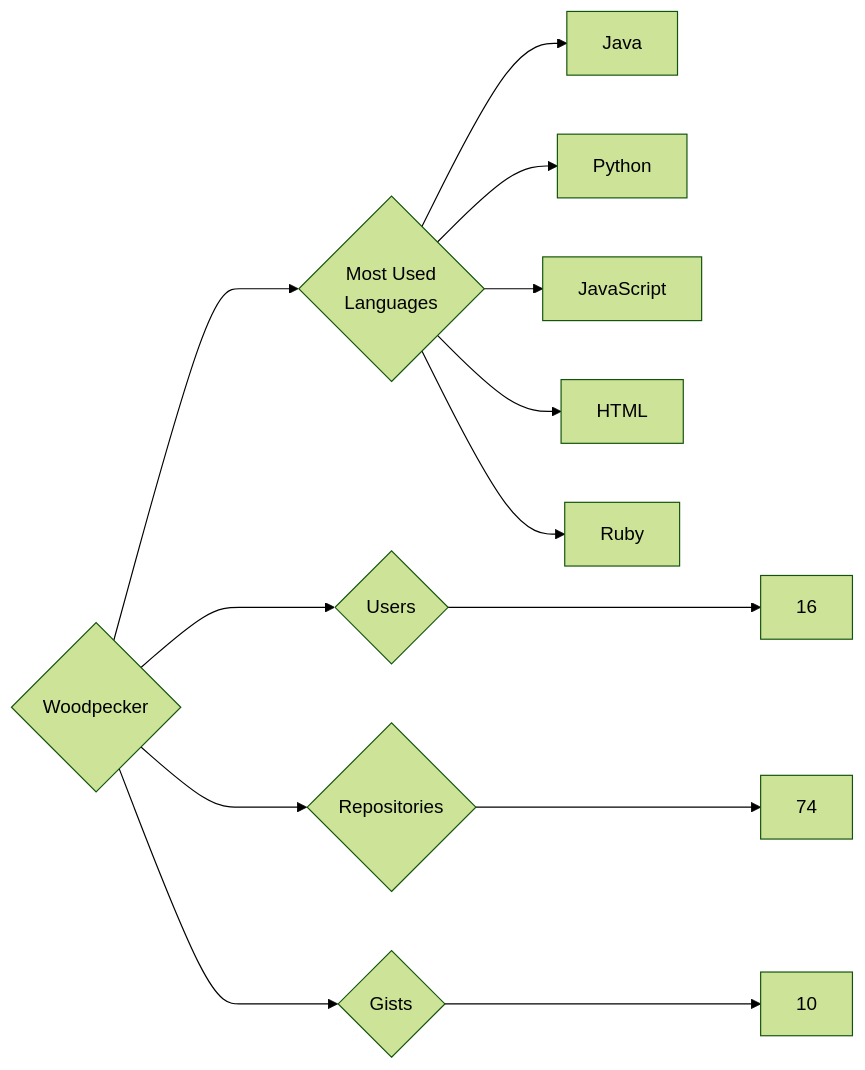
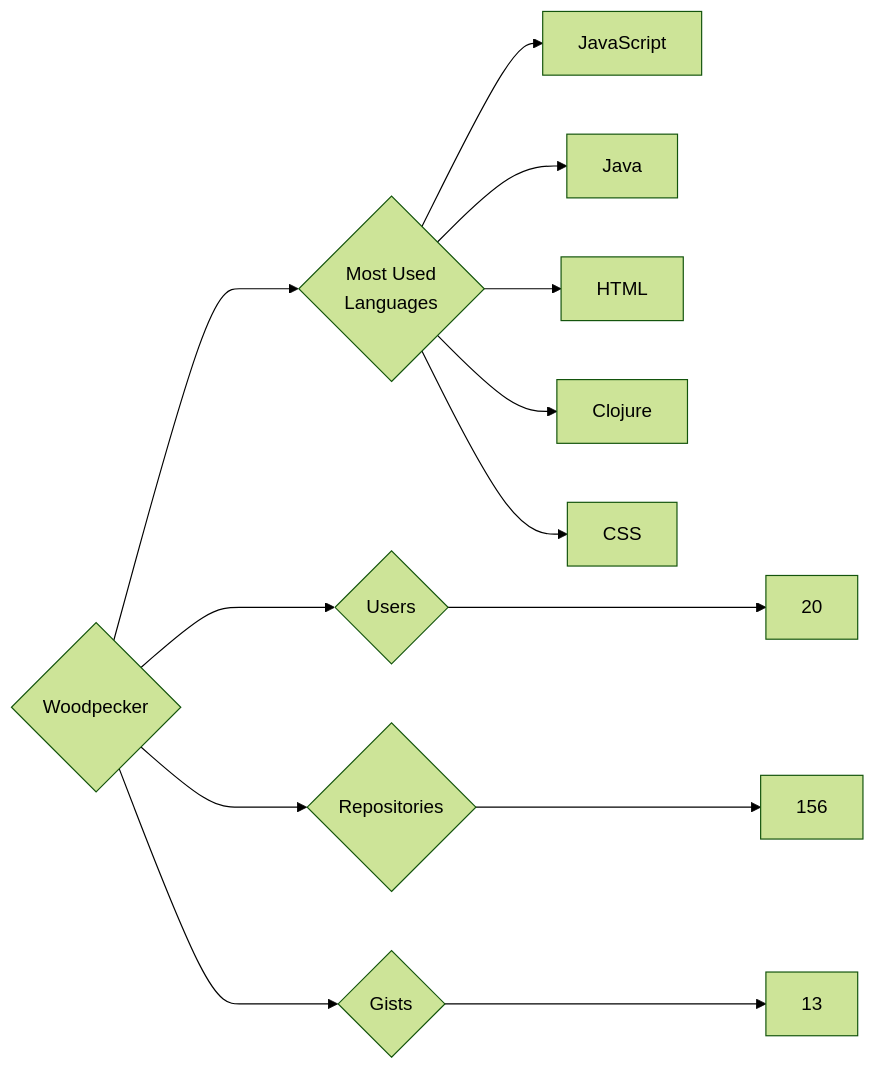
One commit to trickest/insiders changed the diagram in targets/Woodpecker/README.md. Above: the diagram before and after it, drawn with Mermaid (forest theme). The commit also changed 972 other files, not shown here.

````diff
--- a/targets/Woodpecker/README.md
+++ b/targets/Woodpecker/README.md
@@ -3,13 +3,13 @@
 ```mermaid
 graph LR
 COMPANY_NAME{Woodpecker}
-COMPANY_NAME ---> U{Users} ---> UN[16]
-COMPANY_NAME ---> R{Repositories} ---> RN[74]
-COMPANY_NAME ---> G{Gists} ---> GN[10]
+COMPANY_NAME ---> U{Users} ---> UN[20]
+COMPANY_NAME ---> R{Repositories} ---> RN[156]
+COMPANY_NAME ---> G{Gists} ---> GN[13]
 COMPANY_NAME ---> ML{Most Used<br>Languages}
+ML --> JavaScript[JavaScript]
 ML --> Java[Java]
-ML --> Python[Python]
-ML --> JavaScript[JavaScript]
 ML --> HTML[HTML]
-ML --> Ruby[Ruby]
+ML --> Clojure[Clojure]
+ML --> CSS[CSS]
 ```
````
